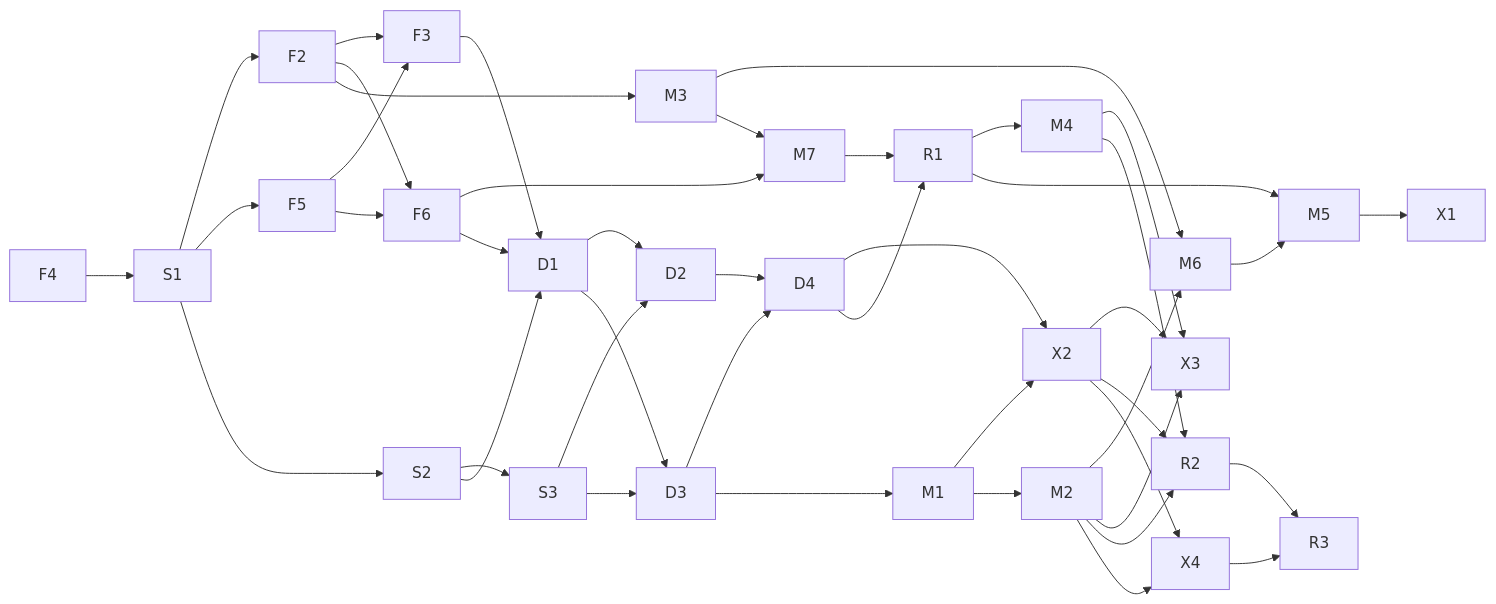
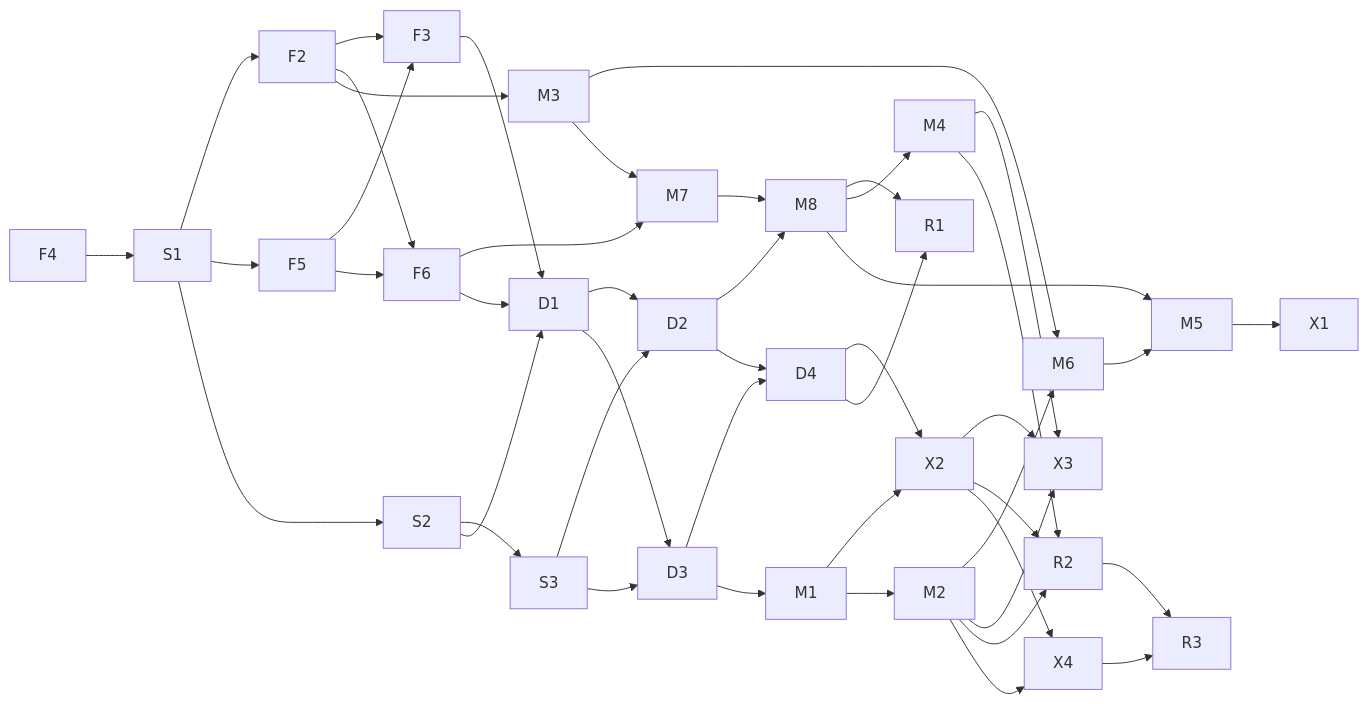
Before and after one commit to ppat/mediated-mailbox-mcp: the second of 2 diagrams in ROADMAP.md, drawn with Mermaid. The commit also changed other lines of this file and 7 other files, not shown here.

````diff
--- a/ROADMAP.md
+++ b/ROADMAP.md
@@ -1239,46 +1272,48 @@
 ```mermaid
 flowchart LR
     F4 --> S1
     S1 --> F2
     S1 --> F5
     S1 --> S2
     S2 --> S3
     F2 --> F3
     F5 --> F3
     F2 --> F6
     F5 --> F6
     F2 --> M3
     M3 --> M6
     M2 --> M6
     M6 --> M5
     M3 --> M7
     F6 --> M7
-    M7 --> R1
+    M7 --> M8
+    D2 --> M8
+    M8 --> R1
     S2 --> D1
     F3 --> D1
     F6 --> D1
     D1 --> D2
     S3 --> D2
-    R1 --> M4
-    R1 --> M5
+    M8 --> M4
+    M8 --> M5
     S3 --> D3
     D1 --> D3
     D2 --> D4
     D3 --> D4
     D3 --> M1
     M1 --> X2
     D4 --> X2
     M1 --> M2
     M2 --> X3
     M4 --> X3
     X2 --> X3
     D4 --> R1
     M2 --> R2
     X2 --> R2
     M4 --> R2
     R2 --> R3
     X2 --> X4
     M2 --> X4
     X4 --> R3
     M5 --> X1
 ```
````
